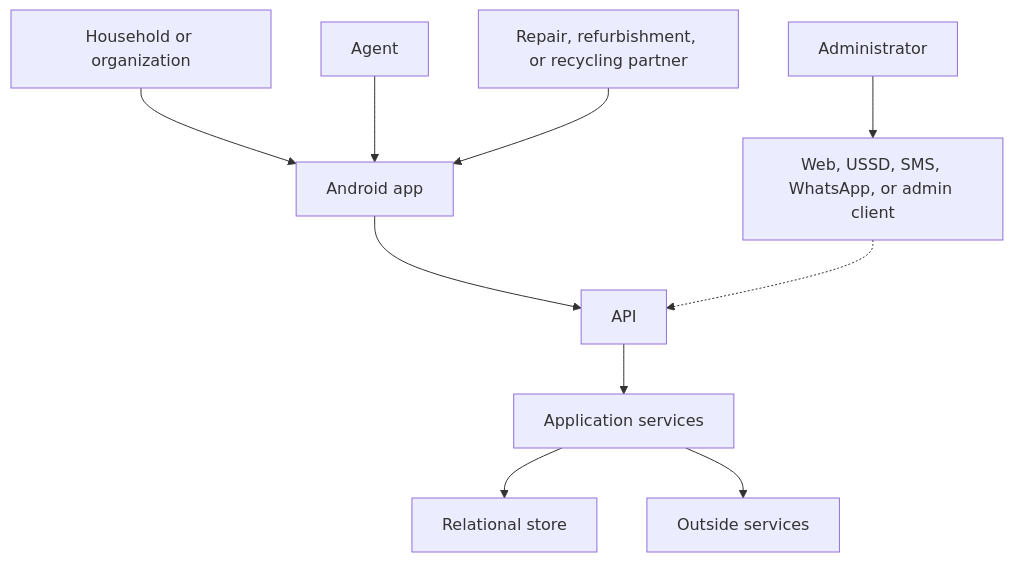
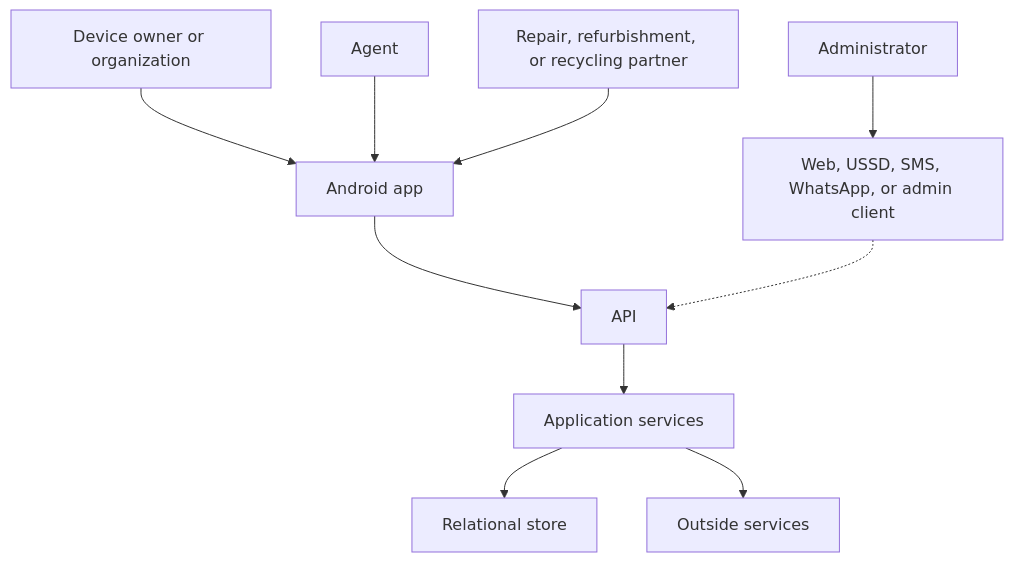
One commit to Officialsalim12/E-Circularity-Salone-Mobile-App changed the diagram in docs/architecture/overview.md. Above: the diagram before and after it, drawn with Mermaid. The commit also changed other lines of this file and 21 other files, not shown here.

Commit message:
Use device owner as the role name and record the pilot setup in the README.

````diff
--- a/docs/architecture/overview.md
+++ b/docs/architecture/overview.md
@@ -5,23 +5,23 @@
 ```mermaid
 flowchart TB
-  household[Household or organization]
+  deviceOwner[Device owner or organization]
   agent[Agent]
   partner[Repair, refurbishment, or recycling partner]
   admin[Administrator]
   mobile[Android app]
   other[Web, USSD, SMS, WhatsApp, or admin client]
   api[API]
   services[Application services]
   data[Relational store]
   external[Outside services]
 
-  household --> mobile
+  deviceOwner --> mobile
   agent --> mobile
   partner --> mobile
   admin --> other
   mobile --> api
   other -.-> api
   api --> services
   services --> data
   services --> external
 ```
````
